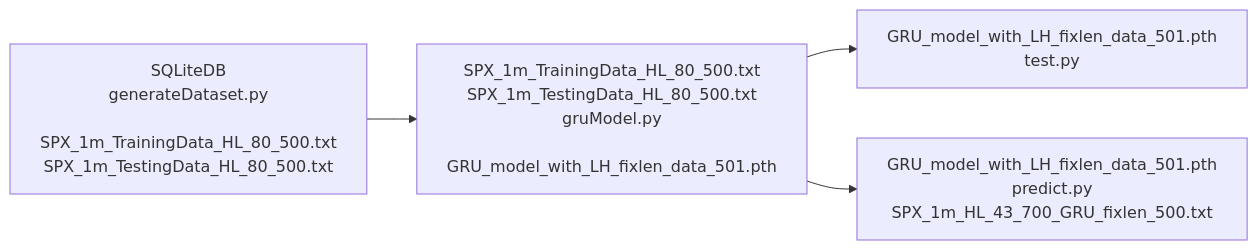
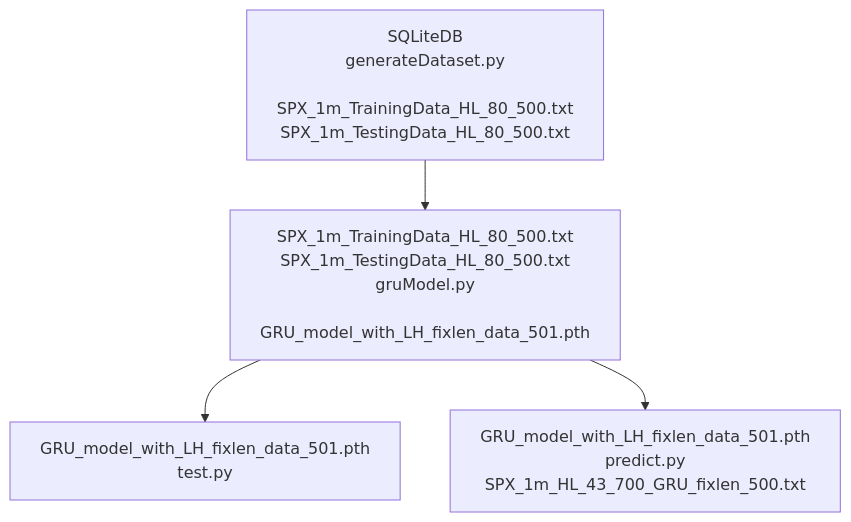
Before and after one commit to weip2008/LearnTorch: the first of 2 diagrams in gru/doc/gru.md, drawn with Mermaid. The commit also changed other lines of this file and 7 other files, not shown here.

````diff
--- a/gru/doc/gru.md
+++ b/gru/doc/gru.md
@@ -3,11 +3,11 @@
 ```mermaid
-graph LR
+graph TB
 
 Data[SQLiteDB<br>generateDataset.py<br><br>SPX_1m_TrainingData_HL_80_500.txt<br>SPX_1m_TestingData_HL_80_500.txt]
 Model[SPX_1m_TrainingData_HL_80_500.txt<br>SPX_1m_TestingData_HL_80_500.txt<br>gruModel.py<br><br>GRU_model_with_LH_fixlen_data_501.pth]
 Test[GRU_model_with_LH_fixlen_data_501.pth<br>test.py]
 Pred[GRU_model_with_LH_fixlen_data_501.pth<br>predict.py<br>SPX_1m_HL_43_700_GRU_fixlen_500.txt]
 
 Data-->Model-->Test
 Model -->Pred
 ```
````
